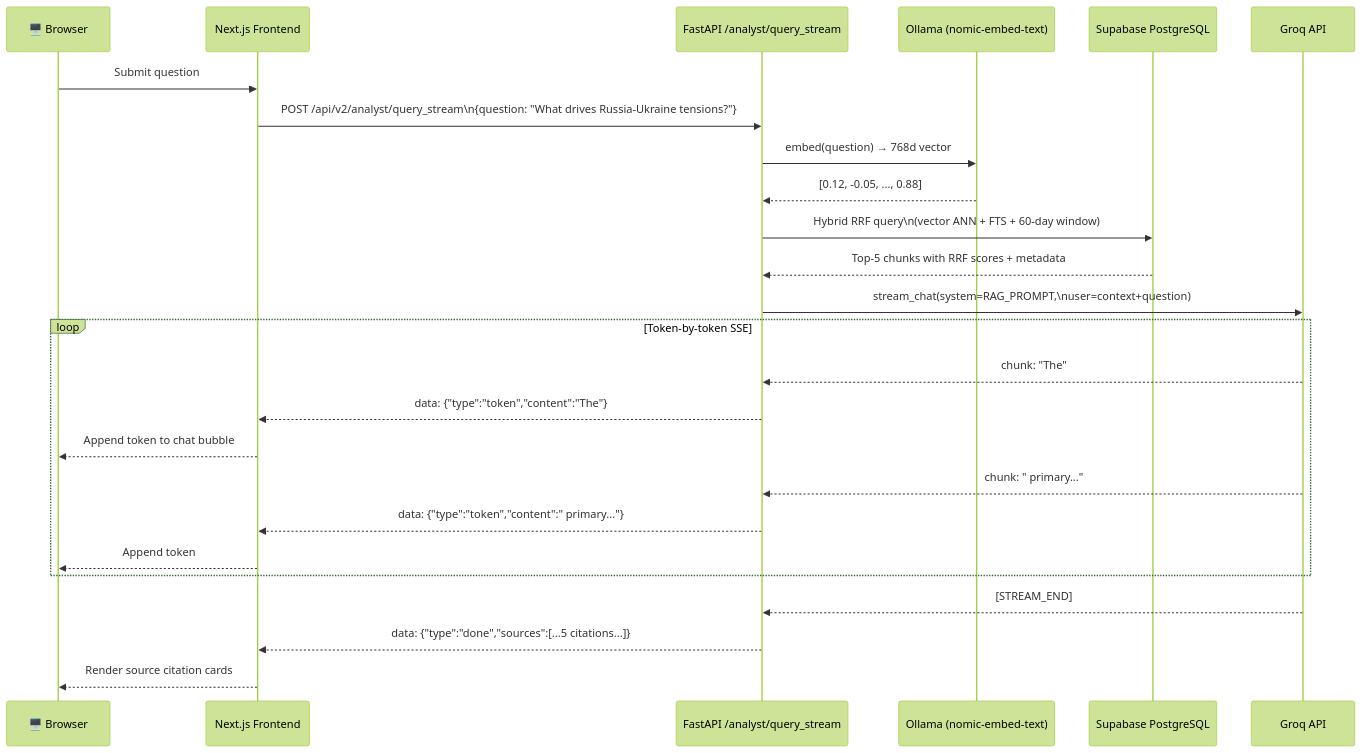
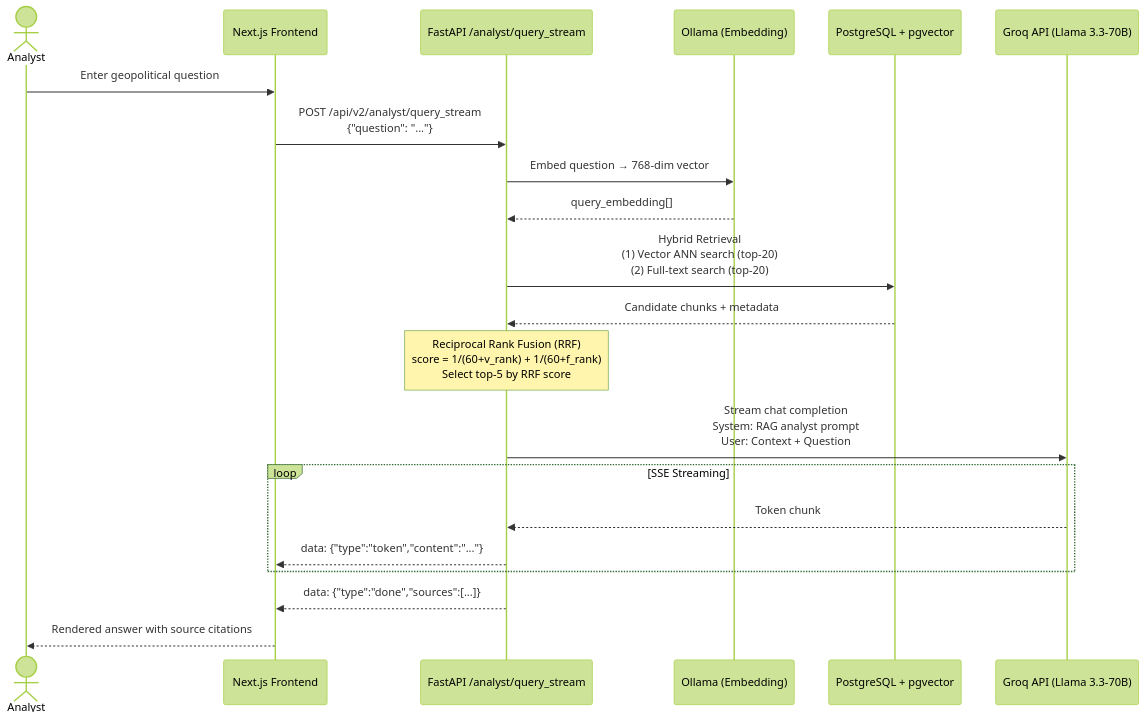
The fourth of 5 diagrams in README.md (krishmaniyar/Strategic-News-Analyzer), drawn with Mermaid (forest theme) before and after one commit. The commit also changed other lines of this file, not shown here.

Commit message:
docs: add comprehensive professional README with architecture diagrams, setup guide, metrics, and configuration reference

````diff
--- a/README.md
+++ b/README.md
@@ -298,32 +262,30 @@
 ```mermaid
 sequenceDiagram
-    participant Browser as 🖥️ Browser
+    actor User as Analyst
     participant FE as Next.js Frontend
     participant API as FastAPI /analyst/query_stream
-    participant Ollama as Ollama (nomic-embed-text)
-    participant DB as Supabase PostgreSQL
-    participant Groq as Groq API
+    participant Ollama as Ollama (Embedding)
+    participant PG as PostgreSQL + pgvector
+    participant Groq as Groq API (Llama 3.3-70B)
 
-    Browser->>FE: Submit question
-    FE->>API: POST /api/v2/analyst/query_stream\n{question: "What drives Russia-Ukraine tensions?"}
-    API->>Ollama: embed(question) → 768d vector
-    Ollama-->>API: [0.12, -0.05, ..., 0.88]
+    User->>FE: Enter geopolitical question
+    FE->>API: POST /api/v2/analyst/query_stream<br/>{"question": "..."}
+
+    API->>Ollama: Embed question → 768-dim vector
+    Ollama-->>API: query_embedding[]
+
+    API->>PG: Hybrid Retrieval<br/>(1) Vector ANN search (top-20)<br/>(2) Full-text search (top-20)
+    PG-->>API: Candidate chunks + metadata
+
+    Note over API: Reciprocal Rank Fusion (RRF)<br/>score = 1/(60+v_rank) + 1/(60+f_rank)<br/>Select top-5 by RRF score
+
+    API->>Groq: Stream chat completion<br/>System: RAG analyst prompt<br/>User: Context + Question
     
-    API->>DB: Hybrid RRF query\n(vector ANN + FTS + 60-day window)
-    DB-->>API: Top-5 chunks with RRF scores + metadata
-
-    API->>Groq: stream_chat(system=RAG_PROMPT,\nuser=context+question)
+    loop SSE Streaming
+        Groq-->>API: Token chunk
+        API-->>FE: data: {"type":"token","content":"..."}
+    end
     
-    loop Token-by-token SSE
-        Groq-->>API: chunk: "The"
-        API-->>FE: data: {"type":"token","content":"The"}
-        FE-->>Browser: Append token to chat bubble
-        Groq-->>API: chunk: " primary..."
-        API-->>FE: data: {"type":"token","content":" primary..."}
-        FE-->>Browser: Append token
-    end
-
-    Groq-->>API: [STREAM_END]
-    API-->>FE: data: {"type":"done","sources":[...5 citations...]}
-    FE-->>Browser: Render source citation cards
+    API-->>FE: data: {"type":"done","sources":[...]}
+    FE-->>User: Rendered answer with source citations
 ```
````
